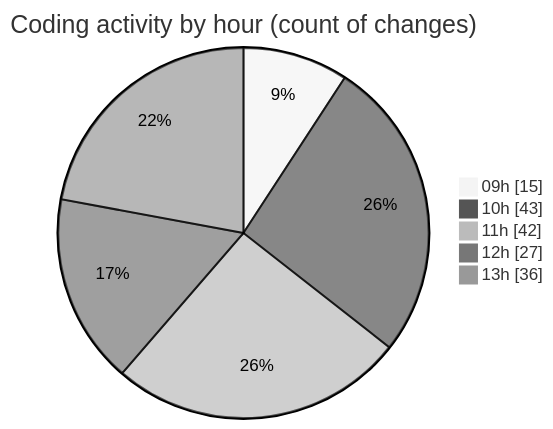
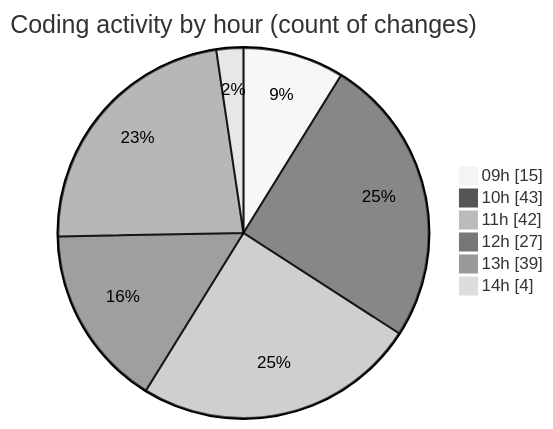
One commit to momahboobian/code-tracking changed the second of 2 diagrams in 2025-09-30/cda/README.md. Above: the diagram before and after it, drawn with Mermaid (neutral theme). The commit also changed other lines of this file and 1 other file, not shown here.

````diff
--- a/2025-09-30/cda/README.md
+++ b/2025-09-30/cda/README.md
@@ -32,9 +32,10 @@
 ```mermaid
 pie showData
 title Coding activity by hour (count of changes)
 "09h" : 15
 "10h" : 43
 "11h" : 42
 "12h" : 27
-"13h" : 36
+"13h" : 39
+"14h" : 4
 ```
````
